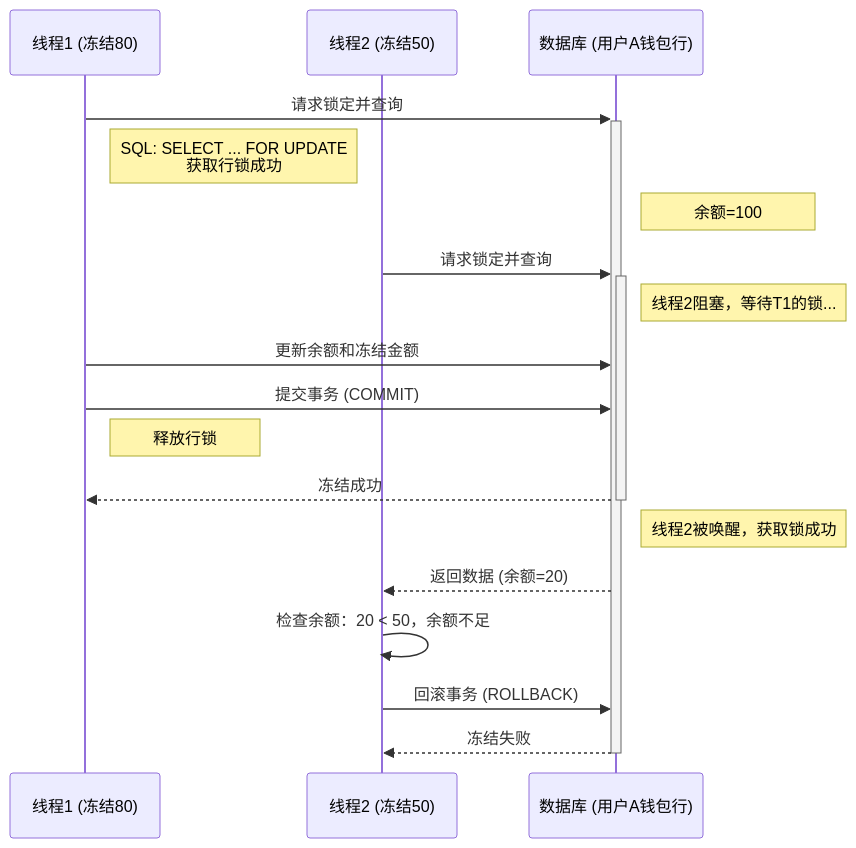
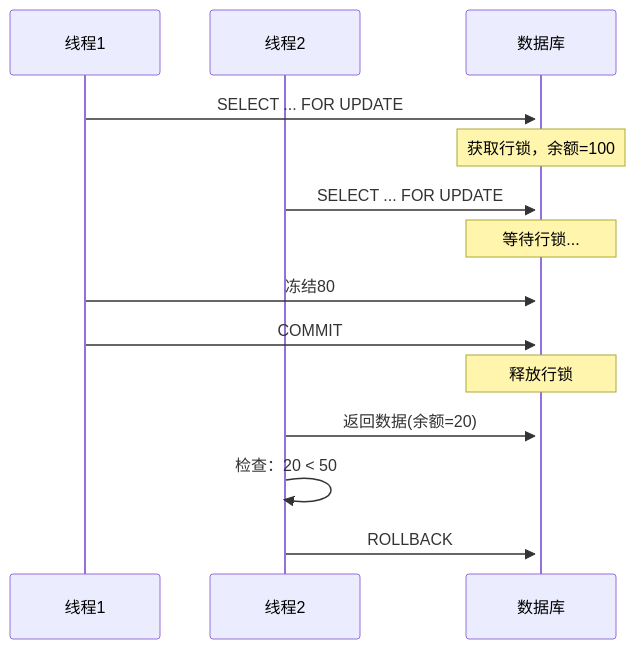
The fourth of 5 diagrams in doc/11.钱包服务 (wallet) 源码剖析.md (kick-pixel/btc_eth_bizzan_contract_Exchange_ztuo_jiaoyisuo), drawn with Mermaid before and after one commit. The commit also changed other lines of this file and 27 other files, not shown here.

````diff
--- a/doc/11.钱包服务 (wallet) 源码剖析.md
+++ b/doc/11.钱包服务 (wallet) 源码剖析.md
@@ -266,24 +185,19 @@
 ```mermaid
 sequenceDiagram
-    participant T1 as 线程1 (冻结80)
-    participant T2 as 线程2 (冻结50)
-    participant DB as 数据库 (用户A钱包行)
+    participant T1 as 线程1
+    participant T2 as 线程2
+    participant DB as 数据库
 
-    T1->>+DB: 请求锁定并查询
-    Note right of T1: SQL: SELECT ... FOR UPDATE<br/>获取行锁成功
-    Note right of DB: 余额=100
-    T2->>+DB: 请求锁定并查询
-    Note right of DB: 线程2阻塞，等待T1的锁...
+    T1->>+DB: SELECT ... FOR UPDATE
+    Note over DB: 获取行锁，余额=100
+    T2->>+DB: SELECT ... FOR UPDATE
+    Note over DB: 等待行锁...
 
-    T1->>DB: 更新余额和冻结金额
-    T1->>DB: 提交事务 (COMMIT)
-    Note right of T1: 释放行锁
+    T1->>DB: 冻结80
+    T1->>DB: COMMIT
+    Note over DB: 释放行锁
 
-    DB-->>-T1: 冻结成功
-
-    Note right of DB: 线程2被唤醒，获取锁成功
-    DB-->>T2: 返回数据 (余额=20)
-    T2->>T2: 检查余额：20 < 50，余额不足
-    T2->>DB: 回滚事务 (ROLLBACK)
-    DB-->>-T2: 冻结失败
+    T2->>DB: 返回数据(余额=20)
+    T2->>T2: 检查：20 < 50
+    T2->>DB: ROLLBACK
 ```
````
